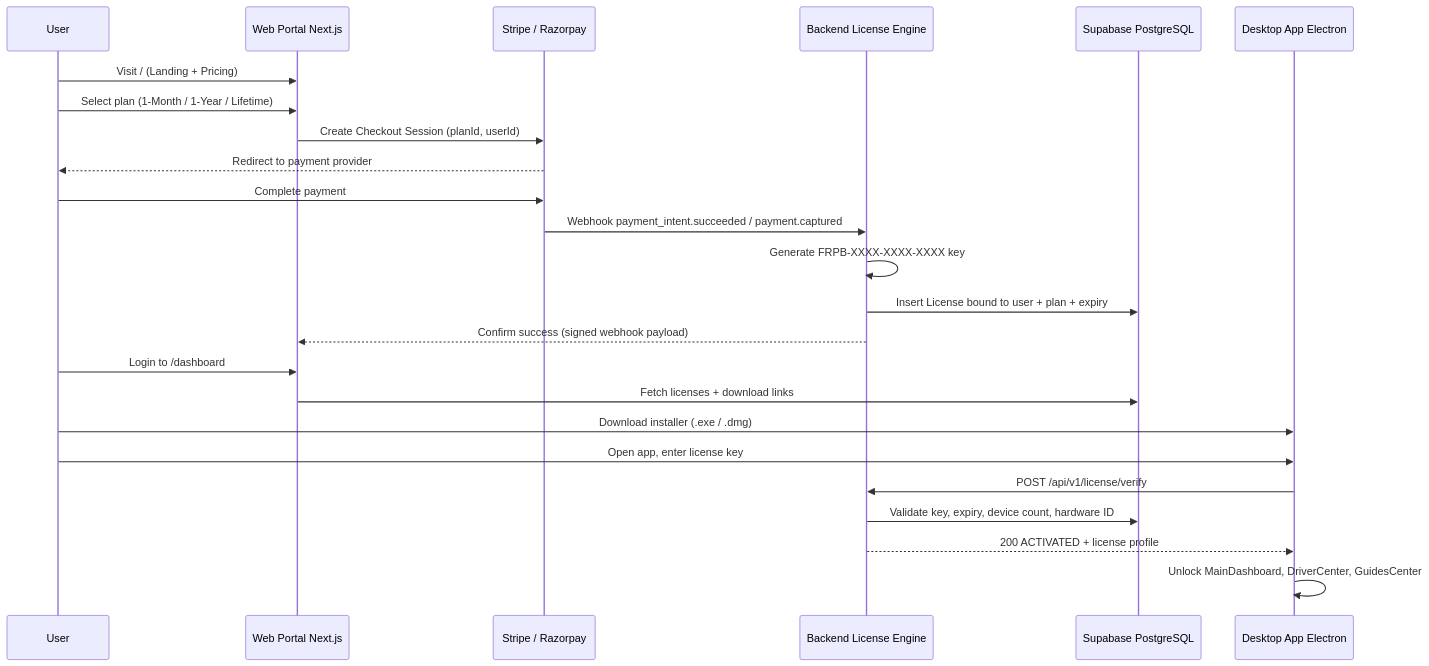
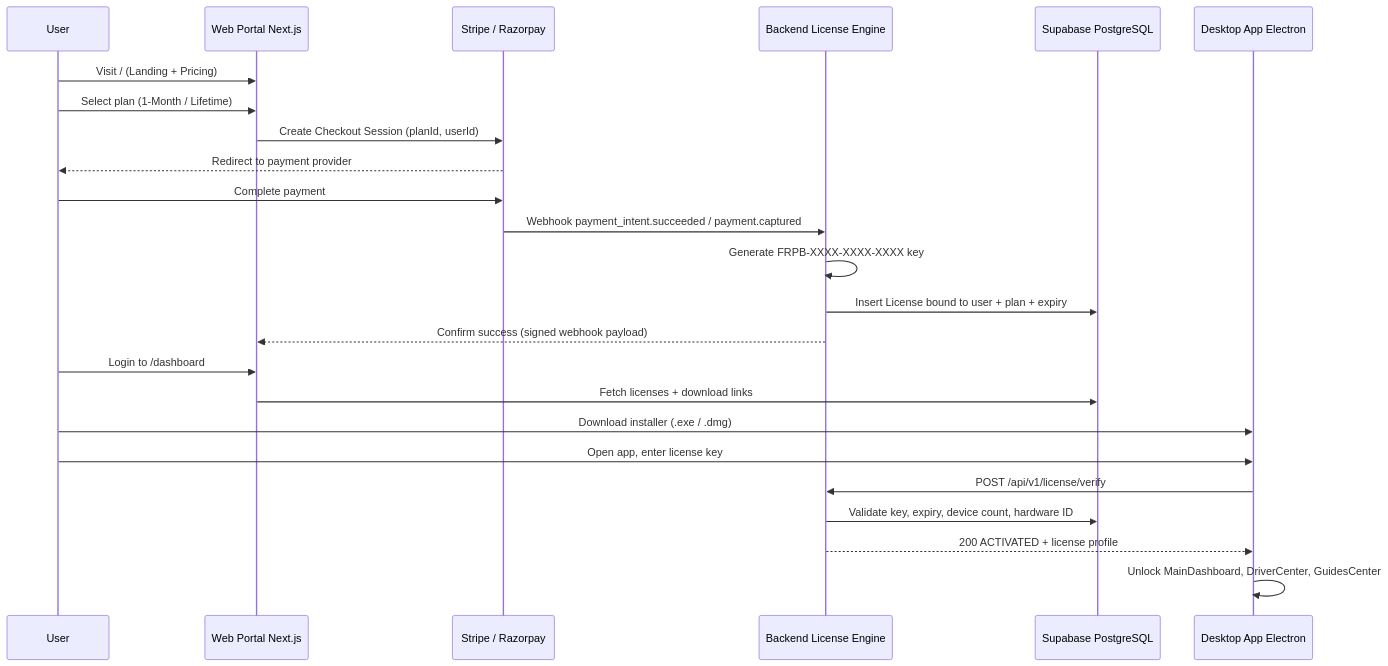
The second of 3 diagrams in plans/frpb-architecture-blueprint.md (Zapcart/FRPB), drawn with Mermaid before and after one commit. The commit also changed other lines of this file and 20 other files, not shown here.

Commit message:
refactor: update pricing plans to 1-Month ($20) and Lifetime ($150)

````diff
--- a/plans/frpb-architecture-blueprint.md
+++ b/plans/frpb-architecture-blueprint.md
@@ -54,27 +54,27 @@
 ```mermaid
 sequenceDiagram
     participant U as User
     participant W as Web Portal Next.js
     participant P as Stripe / Razorpay
     participant B as Backend License Engine
     participant S as Supabase PostgreSQL
     participant D as Desktop App Electron
 
     U->>W: Visit / (Landing + Pricing)
-    U->>W: Select plan (1-Month / 1-Year / Lifetime)
+    U->>W: Select plan (1-Month / Lifetime)
     W->>P: Create Checkout Session (planId, userId)
     P-->>U: Redirect to payment provider
     U->>P: Complete payment
     P->>B: Webhook payment_intent.succeeded / payment.captured
     B->>B: Generate FRPB-XXXX-XXXX-XXXX key
     B->>S: Insert License bound to user + plan + expiry
     B-->>W: Confirm success (signed webhook payload)
     U->>W: Login to /dashboard
     W->>S: Fetch licenses + download links
     U->>D: Download installer (.exe / .dmg)
     U->>D: Open app, enter license key
     D->>B: POST /api/v1/license/verify
     B->>S: Validate key, expiry, device count, hardware ID
     B-->>D: 200 ACTIVATED + license profile
     D->>D: Unlock MainDashboard, DriverCenter, GuidesCenter
 ```
````
